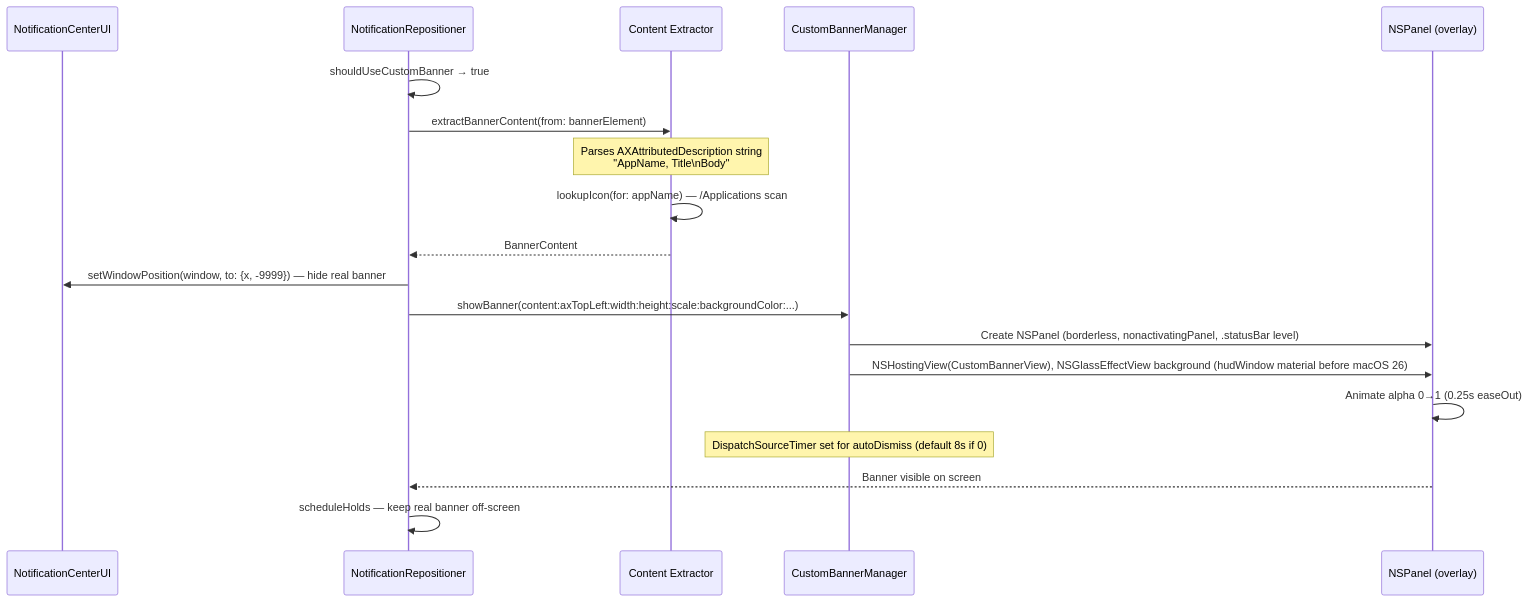
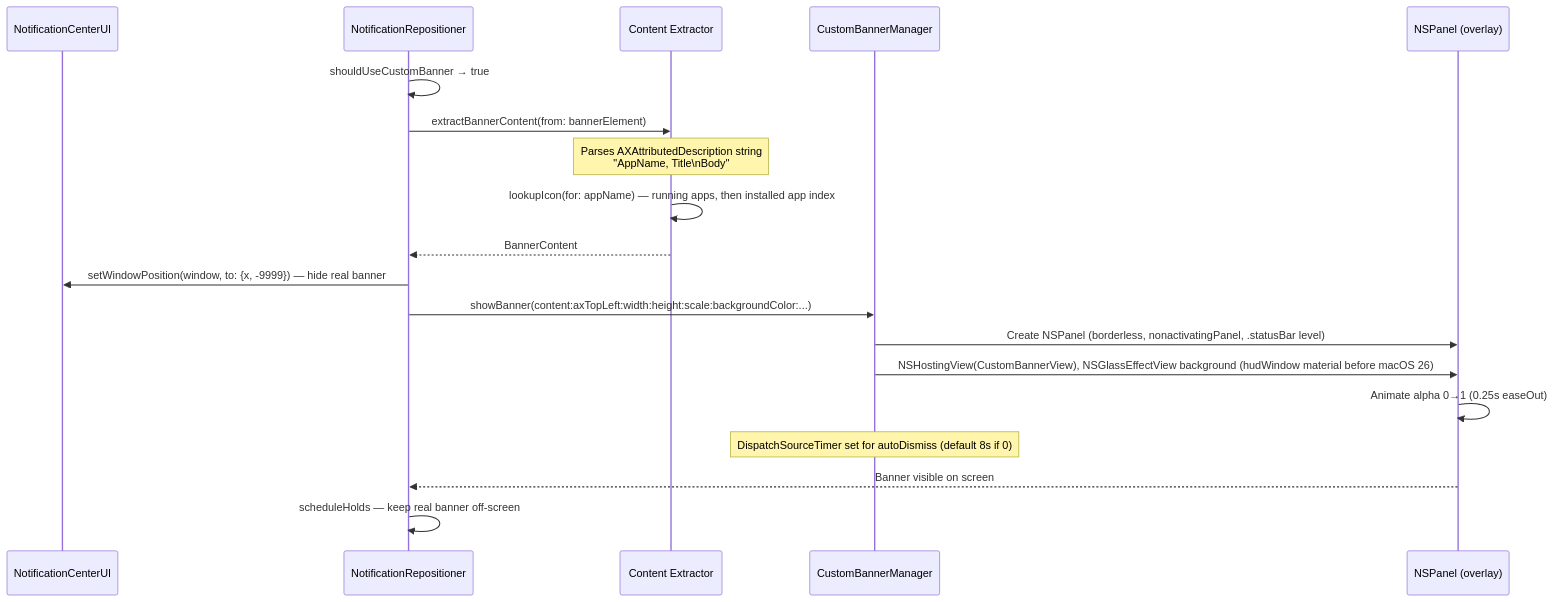
Before and after one commit to chessper53/NotificationNanny: the fifth of 8 diagrams in docs/ARCHITECTURE.md, drawn with Mermaid. The commit also changed other lines of this file and 5 other files, not shown here.

First line of the commit message:
fix: custom banners show the app's icon instead of the bell

````diff
--- a/docs/ARCHITECTURE.md
+++ b/docs/ARCHITECTURE.md
@@ -558,22 +558,22 @@
 ```mermaid
 sequenceDiagram
     participant NC as NotificationCenterUI
     participant Repo as NotificationRepositioner
     participant Extractor as Content Extractor
     participant Mgr as CustomBannerManager
     participant Panel as NSPanel (overlay)
 
     Repo->>Repo: shouldUseCustomBanner → true
     Repo->>Extractor: extractBannerContent(from: bannerElement)
     Note over Extractor: Parses AXAttributedDescription string<br/>"AppName, Title\nBody"
-    Extractor->>Extractor: lookupIcon(for: appName) — /Applications scan
+    Extractor->>Extractor: lookupIcon(for: appName) — running apps, then installed app index
     Extractor-->>Repo: BannerContent
     Repo->>NC: setWindowPosition(window, to: {x, -9999}) — hide real banner
     Repo->>Mgr: showBanner(content:axTopLeft:width:height:scale:backgroundColor:...)
     Mgr->>Panel: Create NSPanel (borderless, nonactivatingPanel, .statusBar level)
     Mgr->>Panel: NSHostingView(CustomBannerView), NSGlassEffectView background (hudWindow material before macOS 26)
     Panel->>Panel: Animate alpha 0→1 (0.25s easeOut)
     Note over Mgr: DispatchSourceTimer set for autoDismiss (default 8s if 0)
     Panel-->>Repo: Banner visible on screen
     Repo->>Repo: scheduleHolds — keep real banner off-screen
 ```
````
